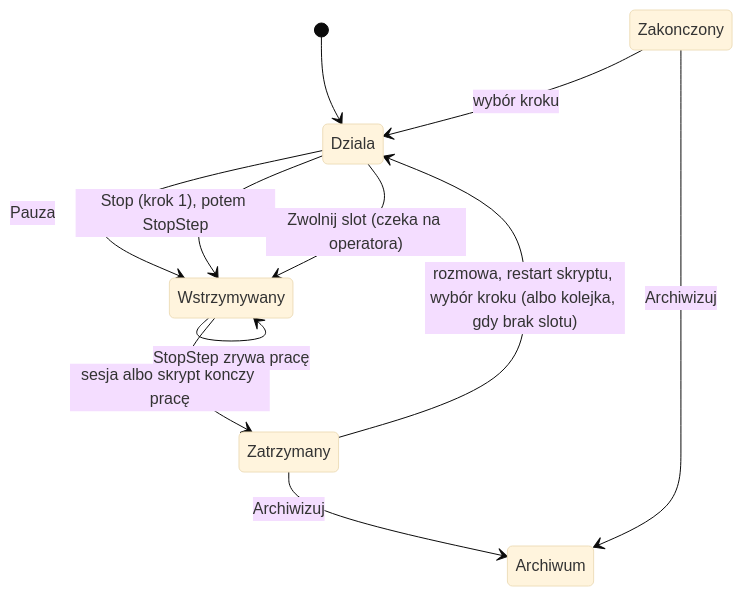
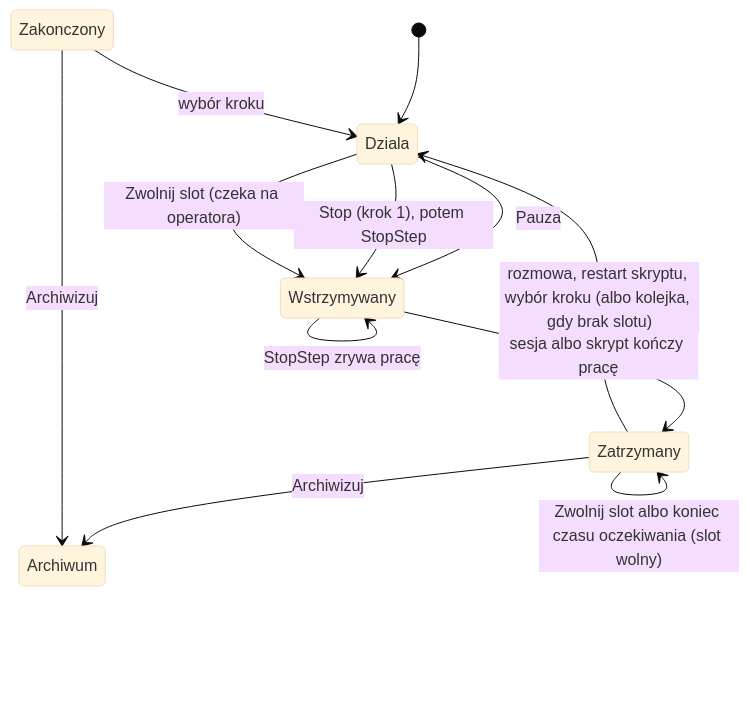
One commit to glakartur/narsor changed the diagram in docs/plans/2026-11-11-001-feat-akcje-taska-pauza-stop-panel-plan.md. Above: the diagram before and after it, drawn with Mermaid (base theme). The commit also changed other lines of this file and 2 other files, not shown here.

Commit message:
docs(plan): align requirements and plans with slot release for stopped tasks

````diff
--- a/docs/plans/2026-11-11-001-feat-akcje-taska-pauza-stop-panel-plan.md
+++ b/docs/plans/2026-11-11-001-feat-akcje-taska-pauza-stop-panel-plan.md
@@ -117,13 +119,14 @@
 ```mermaid
 stateDiagram-v2
     [*] --> Dziala
     Dziala --> Wstrzymywany: Pauza
     Dziala --> Wstrzymywany: Stop (krok 1), potem StopStep
     Wstrzymywany --> Zatrzymany: sesja albo skrypt kończy pracę
     Wstrzymywany --> Wstrzymywany: StopStep zrywa pracę
     Dziala --> Wstrzymywany: Zwolnij slot (czeka na operatora)
+    Zatrzymany --> Zatrzymany: Zwolnij slot albo koniec czasu oczekiwania (slot wolny)
     Zatrzymany --> Dziala: rozmowa, restart skryptu, wybór kroku (albo kolejka, gdy brak slotu)
     Zatrzymany --> Archiwum: Archiwizuj
     Zakonczony --> Dziala: wybór kroku
     Zakonczony --> Archiwum: Archiwizuj
 ```
````
